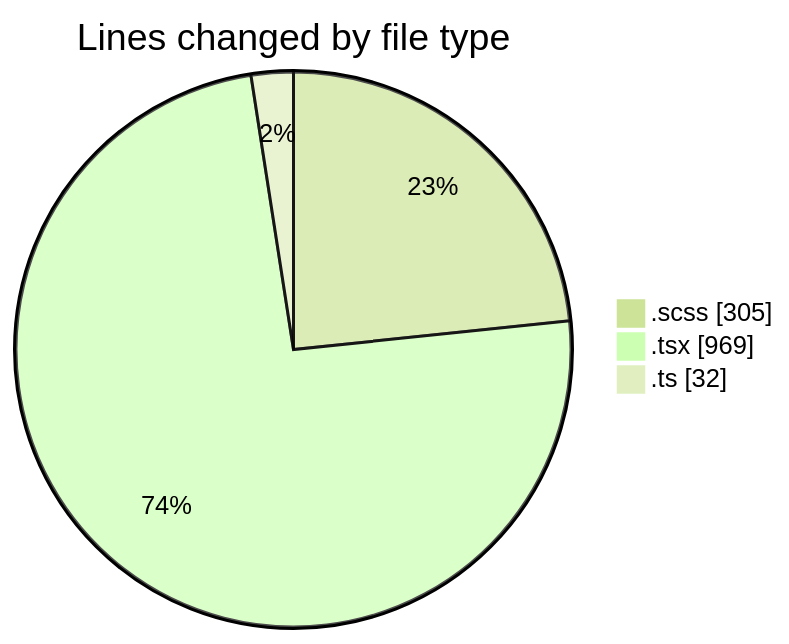
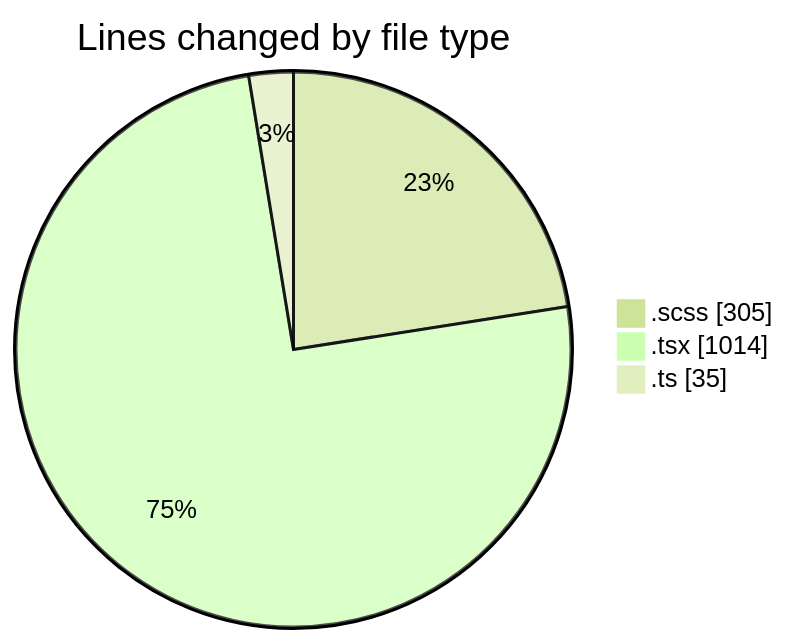
Before and after one commit to momahboobian/code-tracking: the first of 2 diagrams in 2025-03-04/cda/README.md, drawn with Mermaid (forest theme). The commit also changed other lines of this file and 1 other file, not shown here.

````diff
--- a/2025-03-04/cda/README.md
+++ b/2025-03-04/cda/README.md
@@ -25,7 +27,7 @@
 ```mermaid
 pie showData
 title Lines changed by file type
 ".scss" : 305
-".tsx" : 969
-".ts" : 32
+".tsx" : 1014
+".ts" : 35
 ```
````
